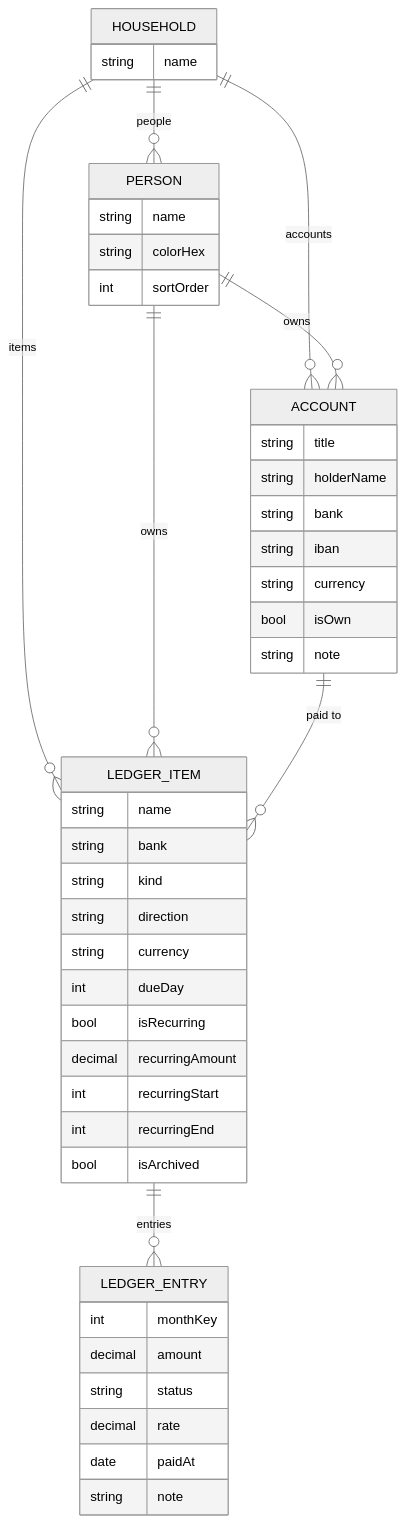
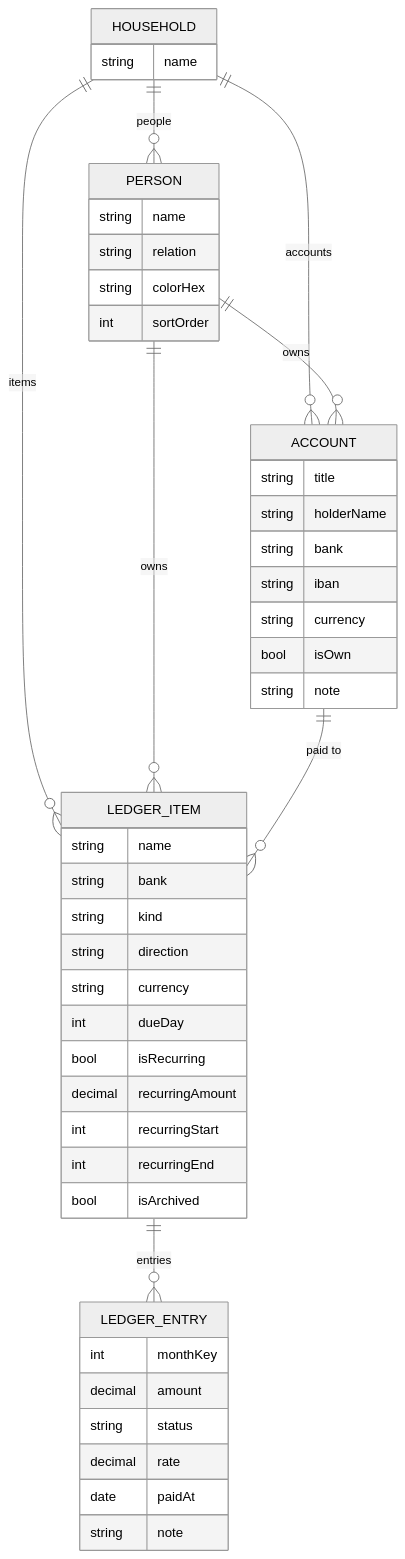
One commit to yakupad/Ciki changed the diagram in README.md. Above: the diagram before and after it, drawn with Mermaid (neutral theme). The commit also changed other lines of this file and 11 other files, not shown here.

````diff
--- a/README.md
+++ b/README.md
@@ -153,15 +153,15 @@
 ```mermaid
 erDiagram
   HOUSEHOLD ||--o{ PERSON : people
   HOUSEHOLD ||--o{ LEDGER_ITEM : items
   PERSON ||--o{ LEDGER_ITEM : owns
   LEDGER_ITEM ||--o{ LEDGER_ENTRY : entries
   HOUSEHOLD ||--o{ ACCOUNT : accounts
   PERSON ||--o{ ACCOUNT : owns
   ACCOUNT ||--o{ LEDGER_ITEM : "paid to"
   HOUSEHOLD { string name }
-  PERSON { string name  string colorHex  int sortOrder }
+  PERSON { string name  string relation  string colorHex  int sortOrder }
   LEDGER_ITEM { string name  string bank  string kind  string direction  string currency  int dueDay  bool isRecurring  decimal recurringAmount  int recurringStart  int recurringEnd  bool isArchived }
   LEDGER_ENTRY { int monthKey  decimal amount  string status  decimal rate  date paidAt  string note }
   ACCOUNT { string title  string holderName  string bank  string iban  string currency  bool isOwn  string note }
 ```
````
